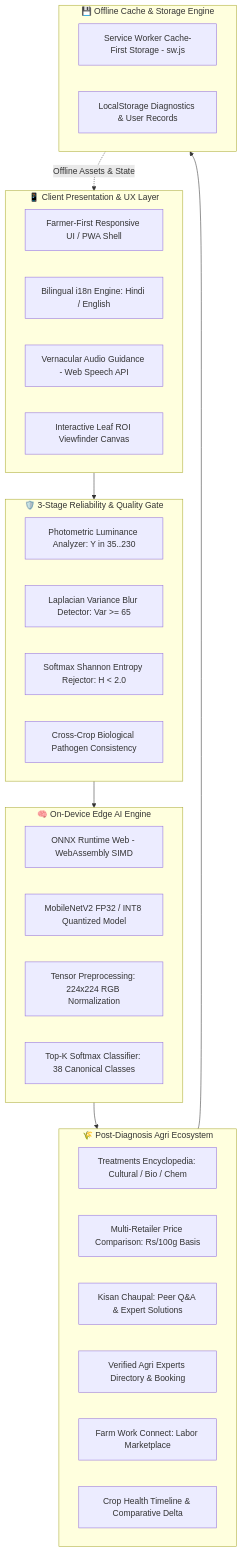
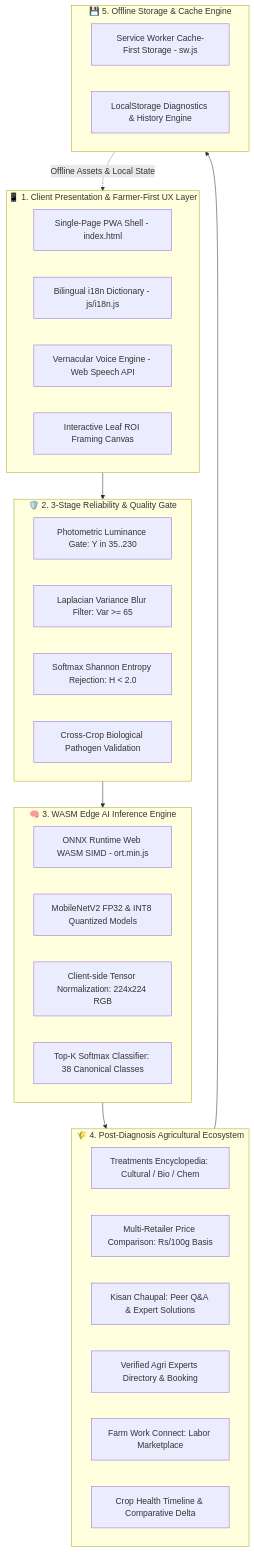
Before and after one commit to Shubham-dev-stack/KheetSathi: the first of 2 diagrams in README.md, drawn with Mermaid. The commit also changed other lines of this file and 29 other files, not shown here.

Commit message:
docs: enrich README with visual screenshot gallery, master hero banner, full documentation index, and architecture diagrams

````diff
--- a/README.md
+++ b/README.md
@@ -57,43 +88,43 @@
 ```mermaid
 graph TD
-    subgraph Presentation_Layer [📱 Client Presentation & UX Layer]
-        A1[Farmer-First Responsive UI / PWA Shell]
-        A2[Bilingual i18n Engine: Hindi / English]
-        A3[Vernacular Audio Guidance - Web Speech API]
-        A4[Interactive Leaf ROI Viewfinder Canvas]
+    subgraph Presentation_Layer [📱 1. Client Presentation & Farmer-First UX Layer]
+        A1[Single-Page PWA Shell - index.html]
+        A2[Bilingual i18n Dictionary - js/i18n.js]
+        A3[Vernacular Voice Engine - Web Speech API]
+        A4[Interactive Leaf ROI Framing Canvas]
     end
 
-    subgraph Quality_Gate [🛡️ 3-Stage Reliability & Quality Gate]
-        B1[Photometric Luminance Analyzer: Y in 35..230]
-        B2[Laplacian Variance Blur Detector: Var >= 65]
-        B3[Softmax Shannon Entropy Rejector: H < 2.0]
-        B4[Cross-Crop Biological Pathogen Consistency]
+    subgraph Quality_Gate [🛡️ 2. 3-Stage Reliability & Quality Gate]
+        B1[Photometric Luminance Gate: Y in 35..230]
+        B2[Laplacian Variance Blur Filter: Var >= 65]
+        B3[Softmax Shannon Entropy Rejection: H < 2.0]
+        B4[Cross-Crop Biological Pathogen Validation]
     end
 
-    subgraph Edge_AI [🧠 On-Device Edge AI Engine]
-        C1[ONNX Runtime Web - WebAssembly SIMD]
-        C2[MobileNetV2 FP32 / INT8 Quantized Model]
-        C3[Tensor Preprocessing: 224x224 RGB Normalization]
+    subgraph Edge_AI [🧠 3. WASM Edge AI Inference Engine]
+        C1[ONNX Runtime Web WASM SIMD - ort.min.js]
+        C2[MobileNetV2 FP32 & INT8 Quantized Models]
+        C3[Client-side Tensor Normalization: 224x224 RGB]
         C4[Top-K Softmax Classifier: 38 Canonical Classes]
     end
 
-    subgraph Ecosystem_Layer [🌾 Post-Diagnosis Agri Ecosystem]
+    subgraph Ecosystem_Layer [🌾 4. Post-Diagnosis Agricultural Ecosystem]
         D1[Treatments Encyclopedia: Cultural / Bio / Chem]
         D2[Multi-Retailer Price Comparison: Rs/100g Basis]
         D3[Kisan Chaupal: Peer Q&A & Expert Solutions]
         D4[Verified Agri Experts Directory & Booking]
         D5[Farm Work Connect: Labor Marketplace]
         D6[Crop Health Timeline & Comparative Delta]
     end
 
-    subgraph Storage_Layer [💾 Offline Cache & Storage Engine]
+    subgraph Storage_Layer [💾 5. Offline Storage & Cache Engine]
         E1[Service Worker Cache-First Storage - sw.js]
-        E2[LocalStorage Diagnostics & User Records]
+        E2[LocalStorage Diagnostics & History Engine]
     end
 
     Presentation_Layer --> Quality_Gate
     Quality_Gate --> Edge_AI
     Edge_AI --> Ecosystem_Layer
     Ecosystem_Layer --> Storage_Layer
-    Storage_Layer -.->|Offline Assets & State| Presentation_Layer
+    Storage_Layer -.->|Offline Assets & Local State| Presentation_Layer
 ```
````
